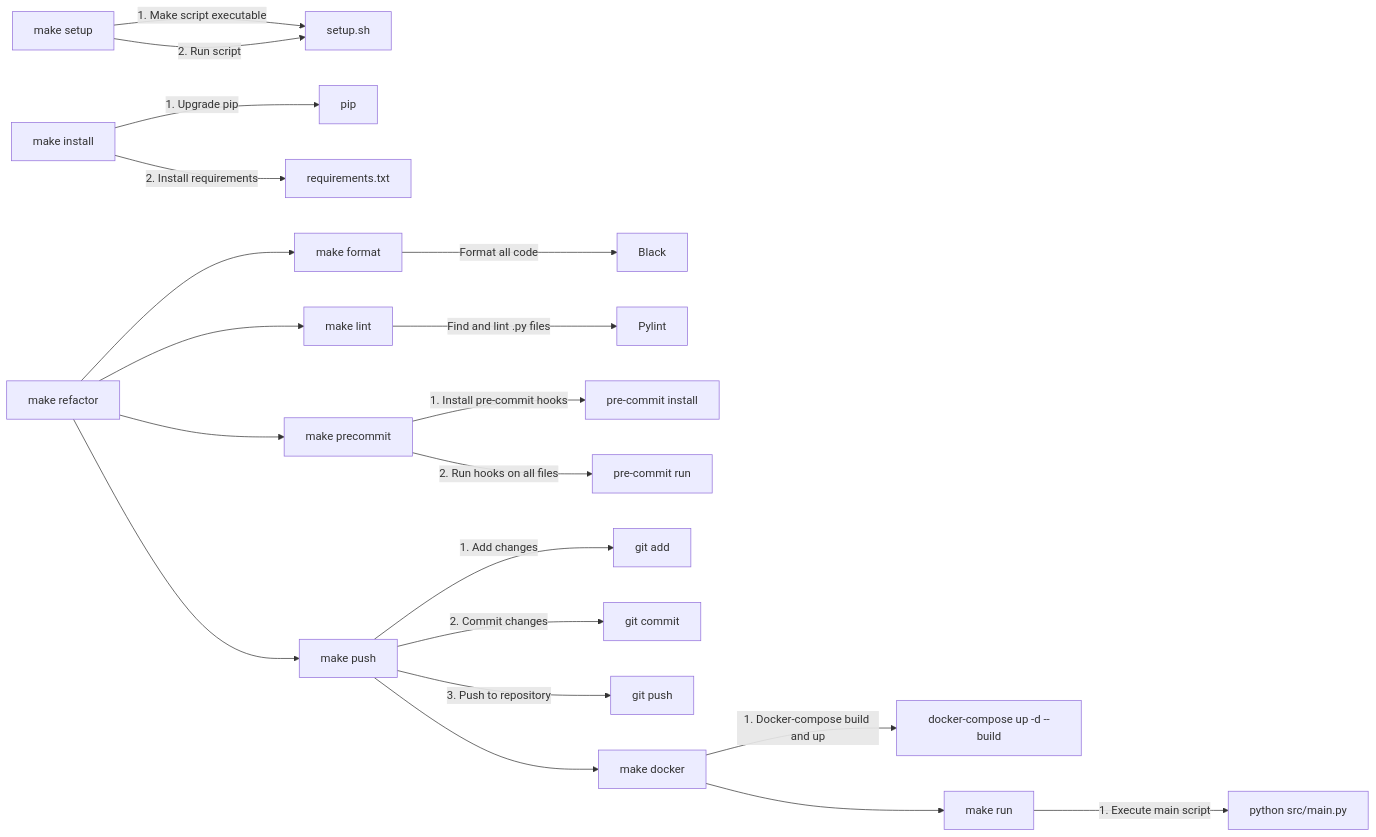
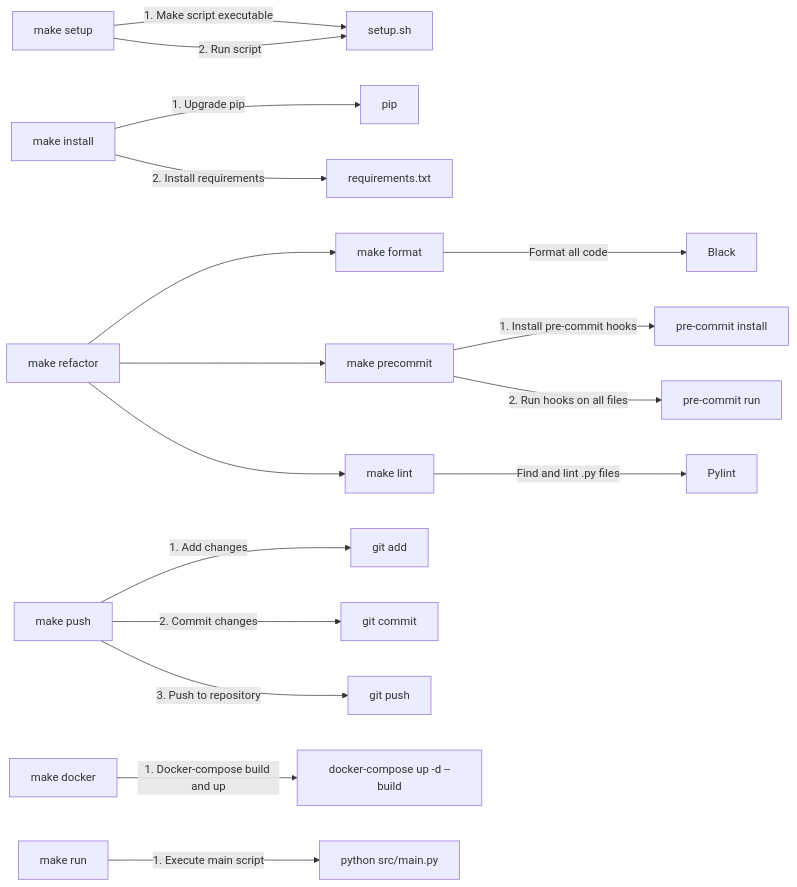
One commit to concaption/containerized-transcription-api changed the diagram in README.md. Above: the diagram before and after it, drawn with Mermaid.

Commit message:
Quick commit

````diff
--- a/README.md
+++ b/README.md
@@ -4,41 +4,37 @@
 ```mermaid
 graph LR
   setup[make setup]
   setup -->|1. Make script executable| setup.sh[setup.sh]
   setup -->|2. Run script| setup.sh
 
   install[make install]
   install -->|1. Upgrade pip| pip[pip]
   install -->|2. Install requirements| requirements[requirements.txt]
 
   format[make format]
   format -->|Format all code| black[Black]
 
   lint[make lint]
   lint -->|Find and lint .py files| pylint[Pylint]
 
   precommit[make precommit]
   precommit -->|1. Install pre-commit hooks| pre-commit-install[pre-commit install]
   precommit -->|2. Run hooks on all files| pre-commit-run[pre-commit run]
 
   refactor[make refactor]
   refactor --> format
   refactor --> precommit
   refactor --> lint
 
   push[make push]
   push -->|1. Add changes| git-add[git add]
   push -->|2. Commit changes| git-commit[git commit]
   push -->|3. Push to repository| git-push[git push]
 
   docker[make docker]
   docker -->|1. Docker-compose build and up| docker-compose[docker-compose up -d --build]
 
   run[make run]
   run -->|1. Execute main script| main-script[python src/main.py]
 
-  refactor --> push
-  push --> docker
-  docker --> run
-
 ```
````
